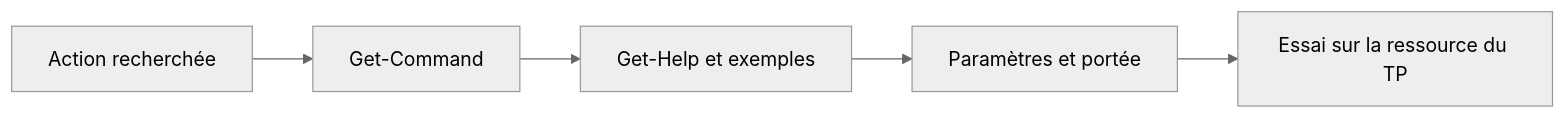
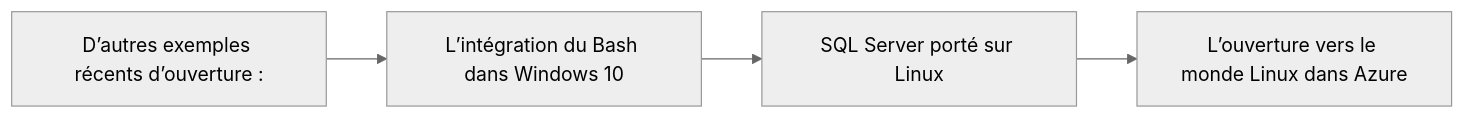
One commit to sk34pk25/tssr-cours changed the fourth of 5 diagrams in docs/modules/12-initiation-powershell/module-01.md. Above: the diagram before and after it, drawn with Mermaid (neutral theme). The commit also changed other lines of this file and 5 other files, not shown here.

````diff
--- a/docs/modules/12-initiation-powershell/module-01.md
+++ b/docs/modules/12-initiation-powershell/module-01.md
@@ -180,7 +144,10 @@
 ```mermaid
 flowchart LR
-    A["Action recherchée"] --> B["Get-Command"]
-    B --> C["Get-Help et exemples"]
-    C --> D["Paramètres et portée"]
-    D --> E["Essai sur la ressource du TP"]
+    N1["D’autres exemples récents d’ouverture :"]
+    N2["L’intégration du Bash dans Windows 10"]
+    N3["SQL Server porté sur Linux"]
+    N4["L’ouverture vers le monde Linux dans Azure"]
+    N1 --> N2
+    N2 --> N3
+    N3 --> N4
 ```
````
